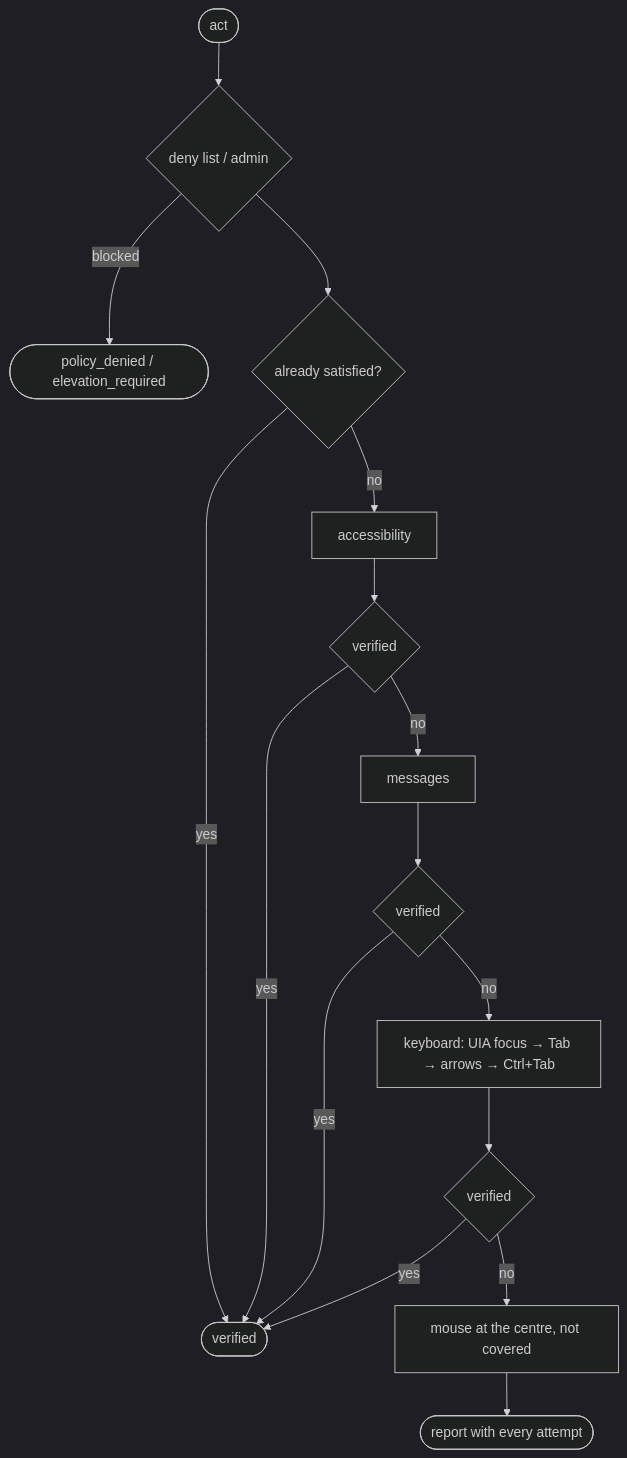
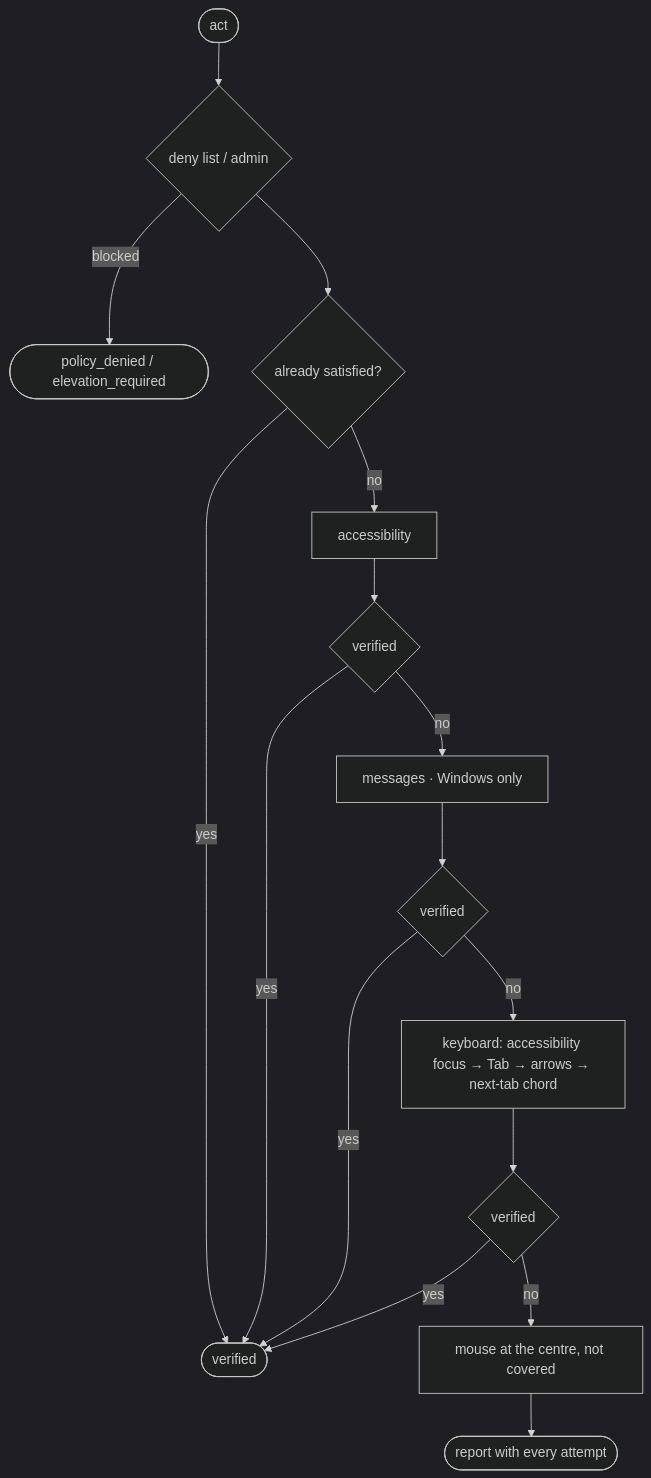
The second of 3 diagrams in docs/architecture.md (victor141516/deskpilot), drawn with Mermaid (dark theme) before and after one commit. The commit also changed other lines of this file and 1 other file, not shown here.

First line of the commit message:
docs: document macOS support, TCC permissions and architecture

````diff
--- a/docs/architecture.md
+++ b/docs/architecture.md
@@ -48,16 +57,16 @@
 ```mermaid
 flowchart TD
   start([act]) --> guard{deny list / admin}
   guard -- blocked --> err([policy_denied / elevation_required])
   guard --> sat{already satisfied?}
   sat -- yes --> ok([verified])
   sat -- no --> ax[accessibility]
   ax --> v1{verified}
-  v1 -- no --> msg[messages]
+  v1 -- no --> msg[messages · Windows only]
   msg --> v2{verified}
-  v2 -- no --> kb[keyboard: UIA focus → Tab → arrows → Ctrl+Tab]
+  v2 -- no --> kb[keyboard: accessibility focus → Tab → arrows → next-tab chord]
   kb --> v3{verified}
   v3 -- no --> mouse[mouse at the centre, not covered]
   v1 & v2 & v3 -- yes --> ok
   mouse --> fin([report with every attempt])
 ```
````
